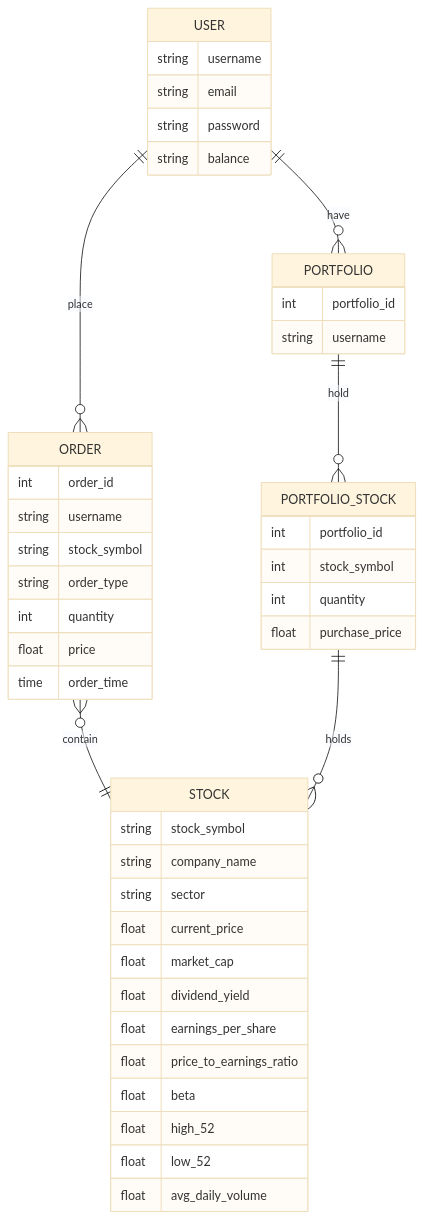
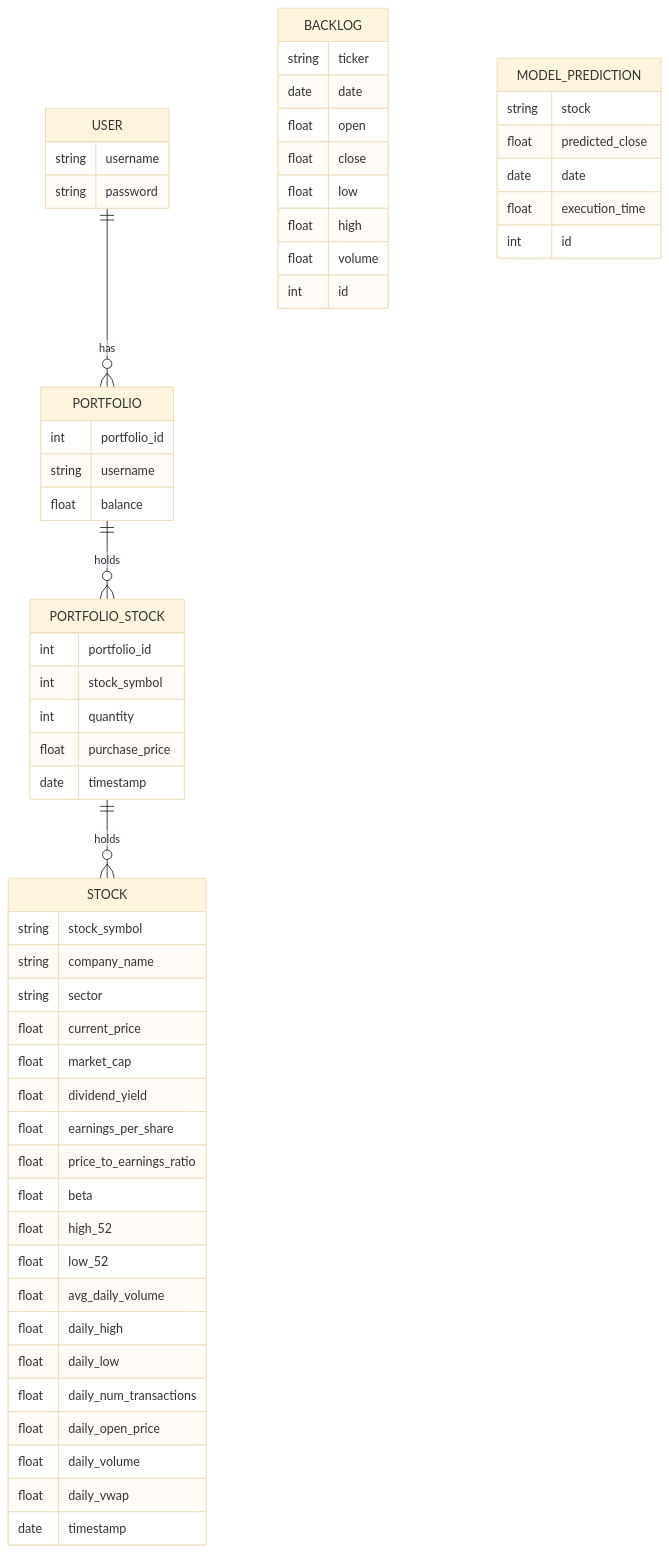
Before and after one commit to Capstone-Projects-2023-Spring/project-algorithmic-trading: the ninth of 9 diagrams in documentation/docs/system-architecture/design.md, drawn with Mermaid (base theme). The commit also changed other lines of this file, not shown here.

Commit message:
Update ER diagram.

````diff
--- a/documentation/docs/system-architecture/design.md
+++ b/documentation/docs/system-architecture/design.md
@@ -358,49 +358,61 @@
 ```mermaid
 erDiagram
-    USER ||--o{ ORDER : place  
-    USER ||--o{ PORTFOLIO: have
+    USER ||--o{ PORTFOLIO: has
     USER{
         string username
-        string email
         string password
-        string balance
     }
 
     STOCK {
         string stock_symbol
         string company_name
         string sector
         float current_price
         float market_cap
         float dividend_yield
         float earnings_per_share
         float price_to_earnings_ratio
         float beta
         float high_52
         float low_52
         float avg_daily_volume
-    }
-
-    ORDER }o--|| STOCK : contain
-    ORDER {
-        int order_id
-        string username
-        string stock_symbol
-        string order_type
-        int quantity
-        float price
-        time order_time
+        float daily_high
+        float daily_low
+        float daily_num_transactions
+        float daily_open_price
+        float daily_volume
+        float daily_vwap
+        date timestamp
     }
     PORTFOLIO {
         int portfolio_id
         string username
+        float balance
     }
-    PORTFOLIO ||--o{ PORTFOLIO_STOCK : hold
+    PORTFOLIO ||--o{ PORTFOLIO_STOCK : holds
     PORTFOLIO_STOCK ||--o{ STOCK: holds
     PORTFOLIO_STOCK {
         int portfolio_id
         int stock_symbol
         int quantity
         float purchase_price
+        date timestamp
+    }
+    BACKLOG {
+        string ticker
+        date date
+        float open
+        float close
+        float low
+        float high
+        float volume
+        int id
+    }
+    MODEL_PREDICTION {
+        string stock
+        float predicted_close
+        date date
+        float execution_time
+        int id
     }
 ```
````
